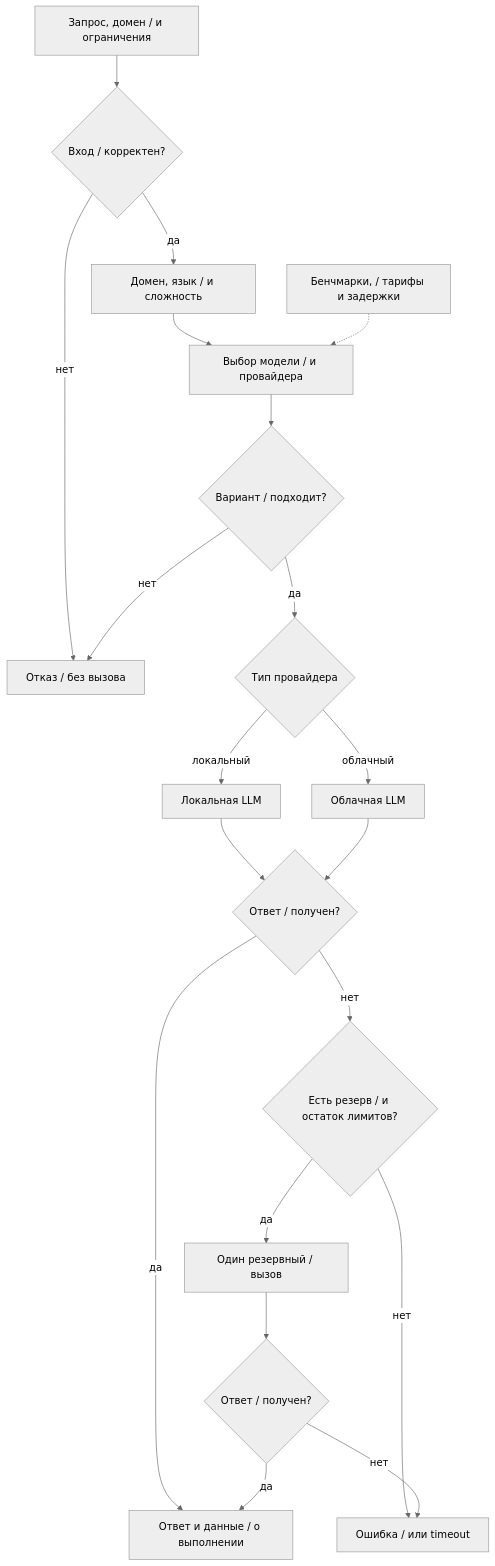
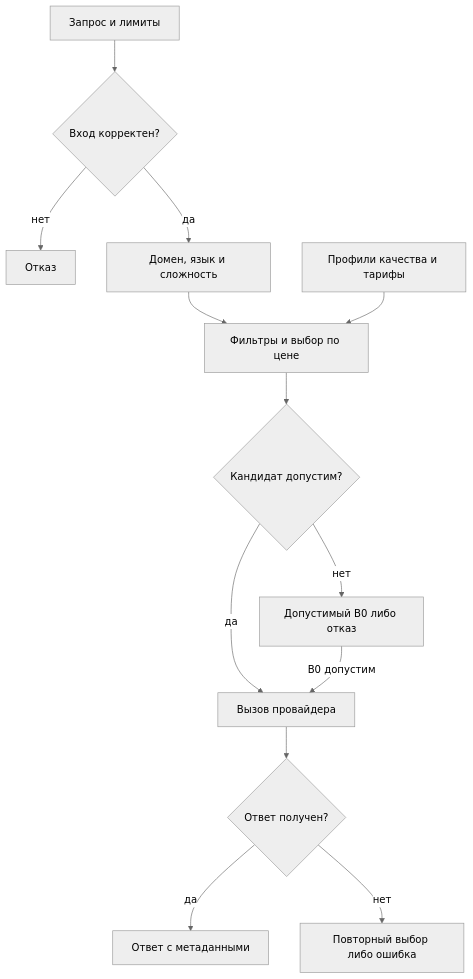
Before and after one commit to Mixlazer/ML_Sys_Design_HW: the second of 2 diagrams in docs/ml_system_design_doc.md, drawn with Mermaid (neutral theme). The commit also changed other lines of this file and 16 other files, not shown here.

````diff
--- a/docs/ml_system_design_doc.md
+++ b/docs/ml_system_design_doc.md
@@ -191,22 +64,15 @@
 ```mermaid
 flowchart TD
-    REQUEST["Запрос, домен / и ограничения"] --> VALID{"Вход / корректен?"}
-    VALID -->|"нет"| REJECT["Отказ / без вызова"]
-    VALID -->|"да"| DOMAIN["Домен, язык / и сложность"]
-    DOMAIN --> SELECT["Выбор модели / и провайдера"]
-    PROFILES["Бенчмарки, / тарифы и задержки"] -.-> SELECT
-    SELECT --> AVAILABLE{"Вариант / подходит?"}
-    AVAILABLE -->|"нет"| REJECT
-    AVAILABLE -->|"да"| PROVIDER{"Тип провайдера"}
-    PROVIDER -->|"локальный"| LOCAL["Локальная LLM"]
-    PROVIDER -->|"облачный"| CLOUD["Облачная LLM"]
-    LOCAL --> RECEIVED{"Ответ / получен?"}
-    CLOUD --> RECEIVED
-    RECEIVED -->|"да"| RESPONSE["Ответ и данные / о выполнении"]
-    RECEIVED -->|"нет"| CAN_RETRY{"Есть резерв / и остаток лимитов?"}
-    CAN_RETRY -->|"нет"| ERROR["Ошибка / или timeout"]
-    CAN_RETRY -->|"да"| RETRY["Один резервный / вызов"]
-    RETRY --> RETRY_OK{"Ответ / получен?"}
-    RETRY_OK -->|"да"| RESPONSE
-    RETRY_OK -->|"нет"| ERROR
+    R["Запрос и лимиты"] --> V{"Вход корректен?"}
+    V -->|"нет"| E["Отказ"]
+    V -->|"да"| D["Домен, язык и сложность"]
+    D --> S["Фильтры и выбор по цене"]
+    P["Профили качества и тарифы"] --> S
+    S --> M{"Кандидат допустим?"}
+    M -->|"да"| C["Вызов провайдера"]
+    M -->|"нет"| B["Допустимый B0 либо отказ"]
+    B -->|"B0 допустим"| C
+    C --> T{"Ответ получен?"}
+    T -->|"да"| A["Ответ с метаданными"]
+    T -->|"нет"| F["Повторный выбор либо ошибка"]
 ```
````
